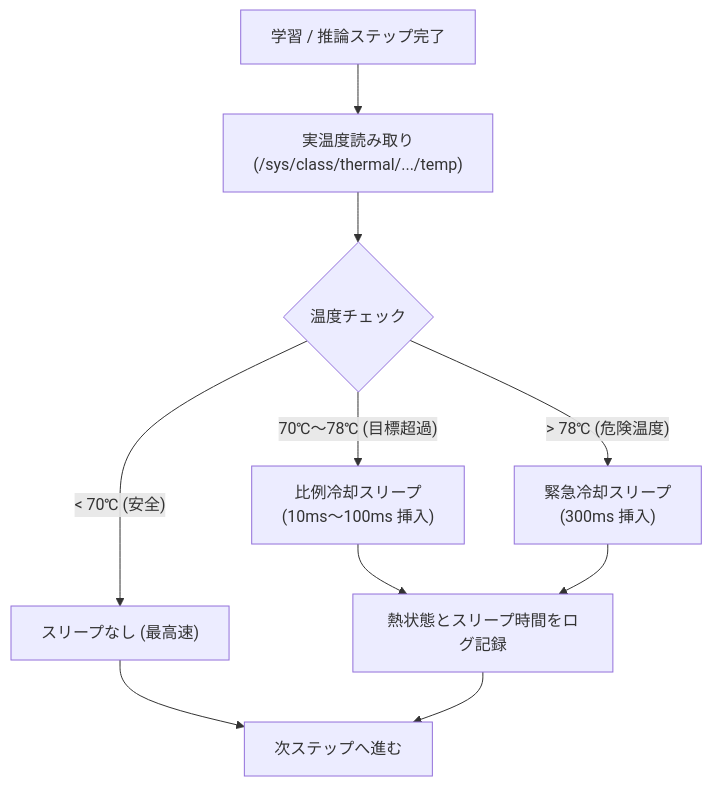
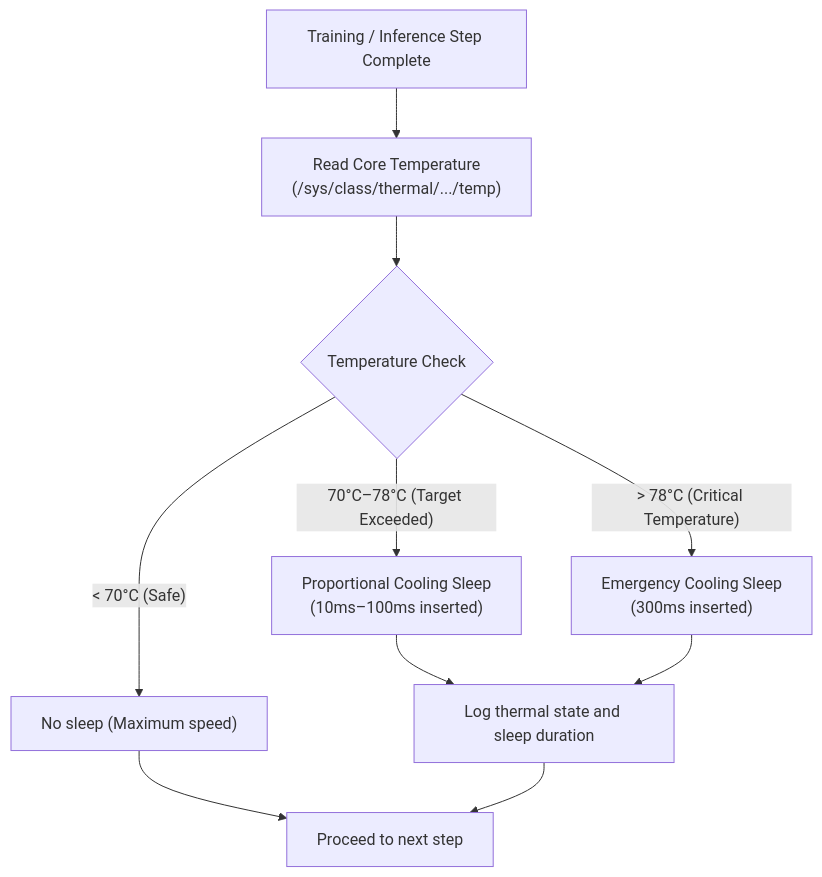
One commit to KazutoMakino/oniwa changed the diagram in docs/06_thermal_and_end_to_end_provenance.md. Above: the diagram before and after it, drawn with Mermaid. The commit also changed other lines of this file and 45 other files, not shown here.

````diff
--- a/docs/06_thermal_and_end_to_end_provenance.md
+++ b/docs/06_thermal_and_end_to_end_provenance.md
@@ -17,14 +16,14 @@
 ```mermaid
 graph TD
-    Step["学習 / 推論ステップ完了"] --> ReadTemp["実温度読み取り\n(/sys/class/thermal/.../temp)"]
-    ReadTemp --> Check{"温度チェック"}
+    Step["Training / Inference Step Complete"] --> ReadTemp["Read Core Temperature\n(/sys/class/thermal/.../temp)"]
+    ReadTemp --> Check{"Temperature Check"}
     
-    Check -->|"< 70℃ (安全)"| Continue["スリープなし (最高速)"]
-    Check -->|"70℃〜78℃ (目標超過)"| Proportional["比例冷却スリープ\n(10ms〜100ms 挿入)"]
-    Check -->|"> 78℃ (危険温度)"| Critical["緊急冷却スリープ\n(300ms 挿入)"]
+    Check -->|"< 70°C (Safe)"| Continue["No sleep (Maximum speed)"]
+    Check -->|"70°C–78°C (Target Exceeded)"| Proportional["Proportional Cooling Sleep\n(10ms–100ms inserted)"]
+    Check -->|"> 78°C (Critical Temperature)"| Critical["Emergency Cooling Sleep\n(300ms inserted)"]
     
-    Proportional --> LogThermal["熱状態とスリープ時間をログ記録"]
+    Proportional --> LogThermal["Log thermal state and sleep duration"]
     Critical --> LogThermal
-    Continue --> NextStep["次ステップへ進む"]
+    Continue --> NextStep["Proceed to next step"]
     LogThermal --> NextStep
 ```
````
